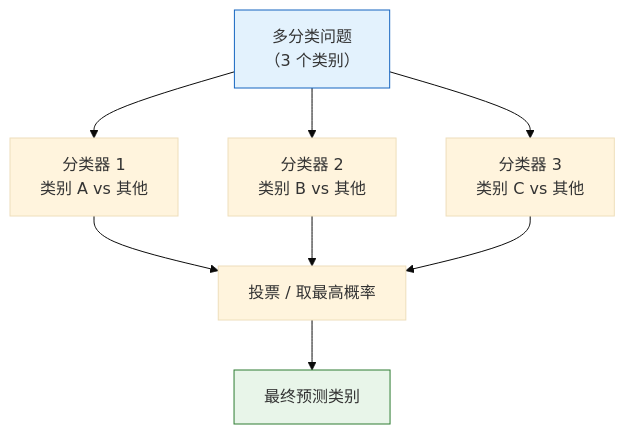
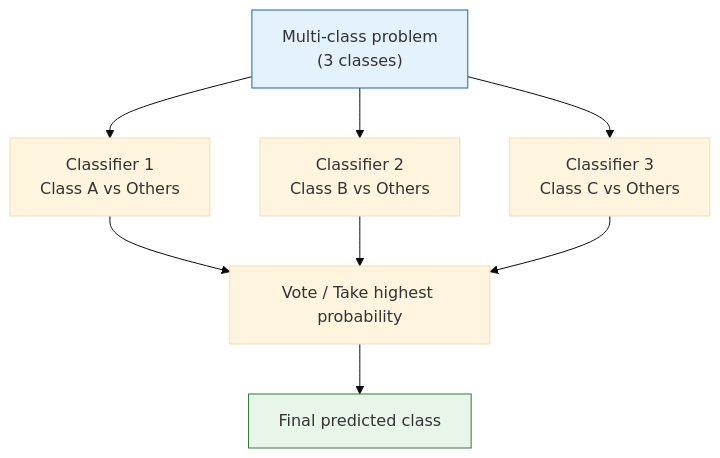
The second of 2 diagrams in docs/ch05-machine-learning/ch02-supervised/02-logistic-regression.md (oudbiao/AI-fullstack-course), drawn with Mermaid (base theme) before and after one commit. The commit also changed other lines of this file and 1406 other files, not shown here.

````diff
--- a/docs/ch05-machine-learning/ch02-supervised/02-logistic-regression.md
+++ b/docs/ch05-machine-learning/ch02-supervised/02-logistic-regression.md
@@ -356,13 +356,13 @@
 ```mermaid
 flowchart TD
-    D["多分类问题<br/>（3 个类别）"] --> C1["分类器 1<br/>类别 A vs 其他"]
-    D --> C2["分类器 2<br/>类别 B vs 其他"]
-    D --> C3["分类器 3<br/>类别 C vs 其他"]
-    C1 --> V["投票 / 取最高概率"]
+    D["Multi-class problem<br/>(3 classes)"] --> C1["Classifier 1<br/>Class A vs Others"]
+    D --> C2["Classifier 2<br/>Class B vs Others"]
+    D --> C3["Classifier 3<br/>Class C vs Others"]
+    C1 --> V["Vote / Take highest probability"]
     C2 --> V
     C3 --> V
-    V --> R["最终预测类别"]
+    V --> R["Final predicted class"]
 
     style D fill:#e3f2fd,stroke:#1565c0,color:#333
     style R fill:#e8f5e9,stroke:#2e7d32,color:#333
 ```
````
